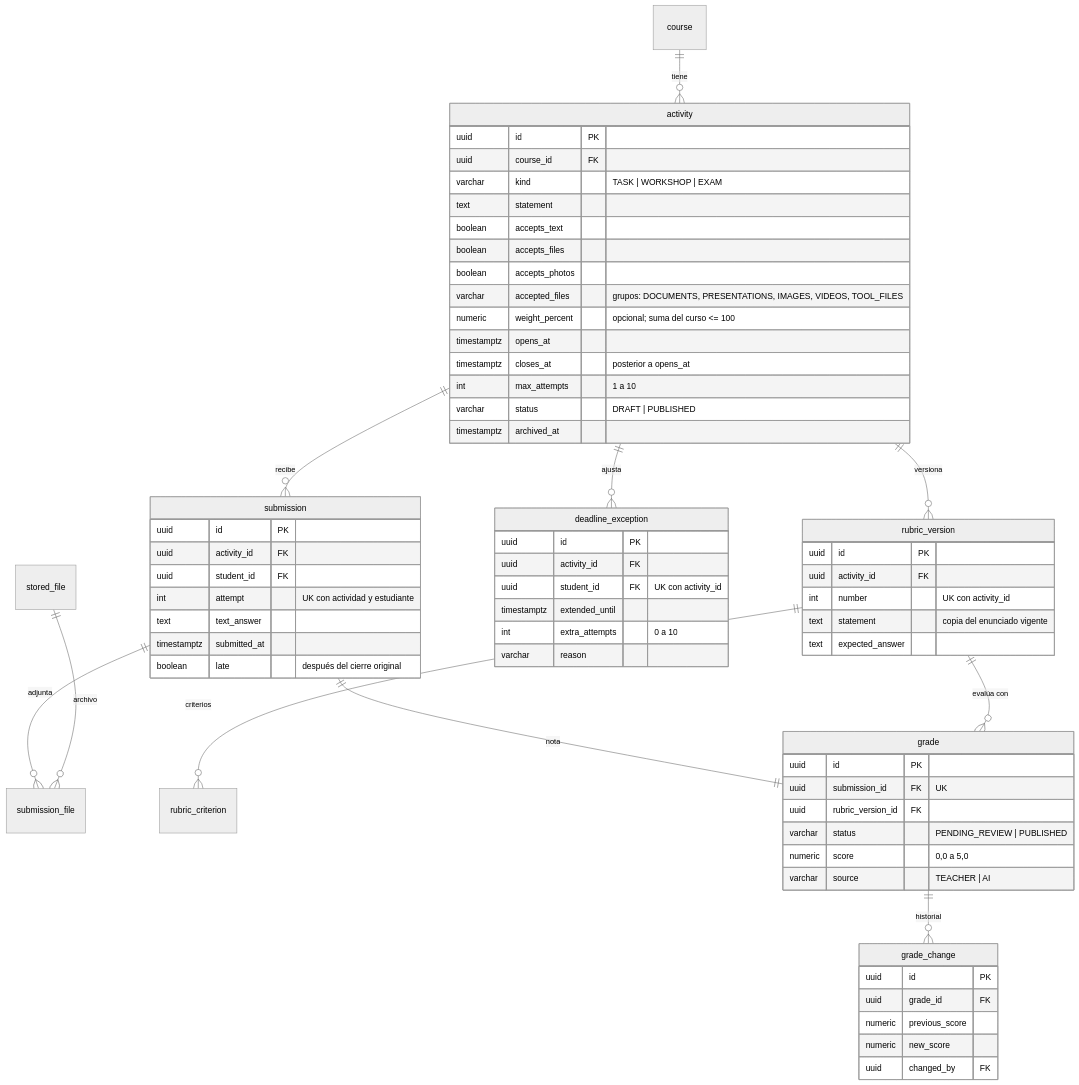
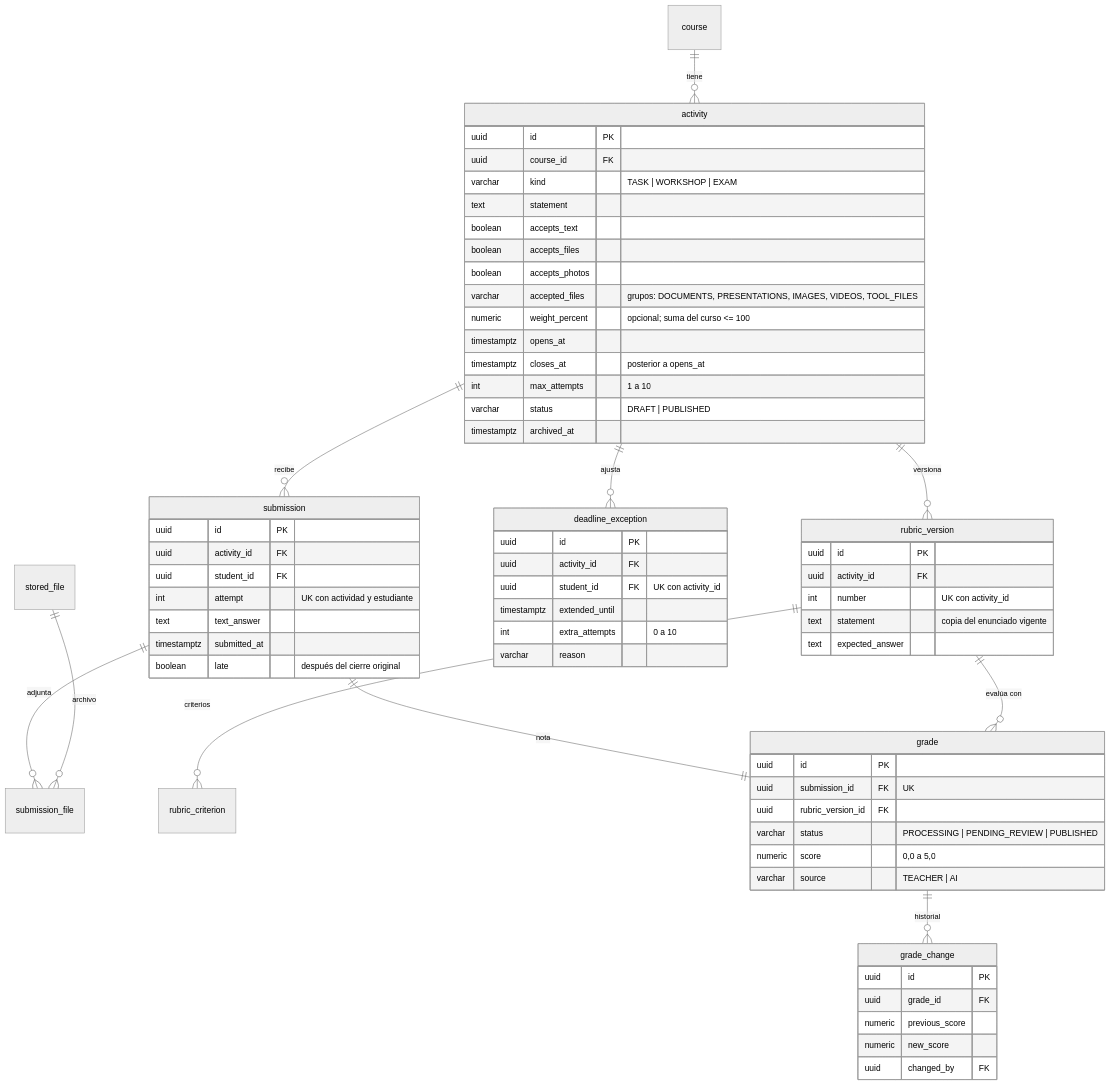
The third of 4 diagrams in docs/modelo-de-datos.md (CarlosEscam/LogiCode-Up), drawn with Mermaid (neutral theme) before and after one commit. The commit also changed other lines of this file and 68 other files, not shown here.

````diff
--- a/docs/modelo-de-datos.md
+++ b/docs/modelo-de-datos.md
@@ -154,69 +155,69 @@
 ```mermaid
 erDiagram
     course ||--o{ activity : "tiene"
     activity ||--o{ submission : "recibe"
     submission ||--o{ submission_file : "adjunta"
     stored_file ||--o{ submission_file : "archivo"
     activity ||--o{ deadline_exception : "ajusta"
     activity ||--o{ rubric_version : "versiona"
     rubric_version ||--o{ rubric_criterion : "criterios"
     submission ||--|| grade : "nota"
     rubric_version ||--o{ grade : "evalúa con"
     grade ||--o{ grade_change : "historial"
 
     activity {
         uuid id PK
         uuid course_id FK
         varchar kind "TASK | WORKSHOP | EXAM"
         text statement
         boolean accepts_text
         boolean accepts_files
         boolean accepts_photos
         varchar accepted_files "grupos: DOCUMENTS, PRESENTATIONS, IMAGES, VIDEOS, TOOL_FILES"
         numeric weight_percent "opcional; suma del curso <= 100"
         timestamptz opens_at
         timestamptz closes_at "posterior a opens_at"
         int max_attempts "1 a 10"
         varchar status "DRAFT | PUBLISHED"
         timestamptz archived_at
     }
     submission {
         uuid id PK
         uuid activity_id FK
         uuid student_id FK
         int attempt "UK con actividad y estudiante"
         text text_answer
         timestamptz submitted_at
         boolean late "después del cierre original"
     }
     deadline_exception {
         uuid id PK
         uuid activity_id FK
         uuid student_id FK "UK con activity_id"
         timestamptz extended_until
         int extra_attempts "0 a 10"
         varchar reason
     }
     rubric_version {
         uuid id PK
         uuid activity_id FK
         int number "UK con activity_id"
         text statement "copia del enunciado vigente"
         text expected_answer
     }
     grade {
         uuid id PK
         uuid submission_id FK "UK"
         uuid rubric_version_id FK
-        varchar status "PENDING_REVIEW | PUBLISHED"
+        varchar status "PROCESSING | PENDING_REVIEW | PUBLISHED"
         numeric score "0,0 a 5,0"
         varchar source "TEACHER | AI"
     }
     grade_change {
         uuid id PK
         uuid grade_id FK
         numeric previous_score
         numeric new_score
         uuid changed_by FK
     }
 ```
````
